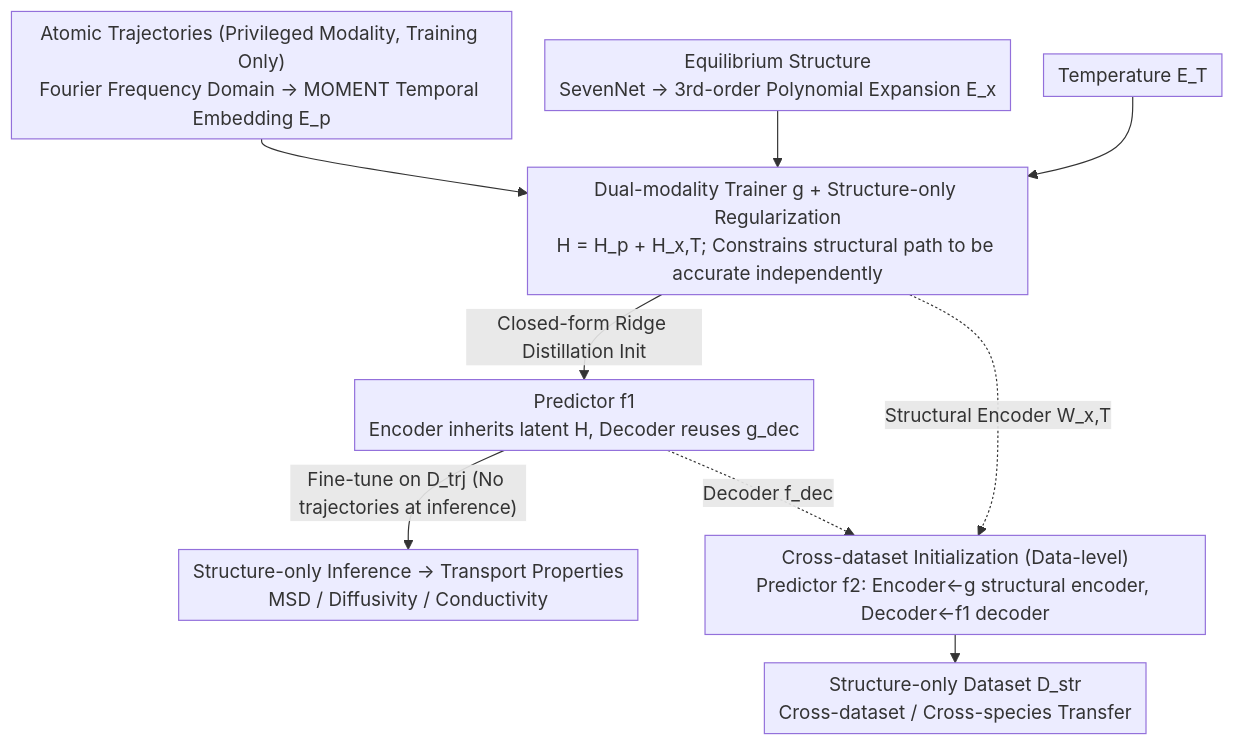
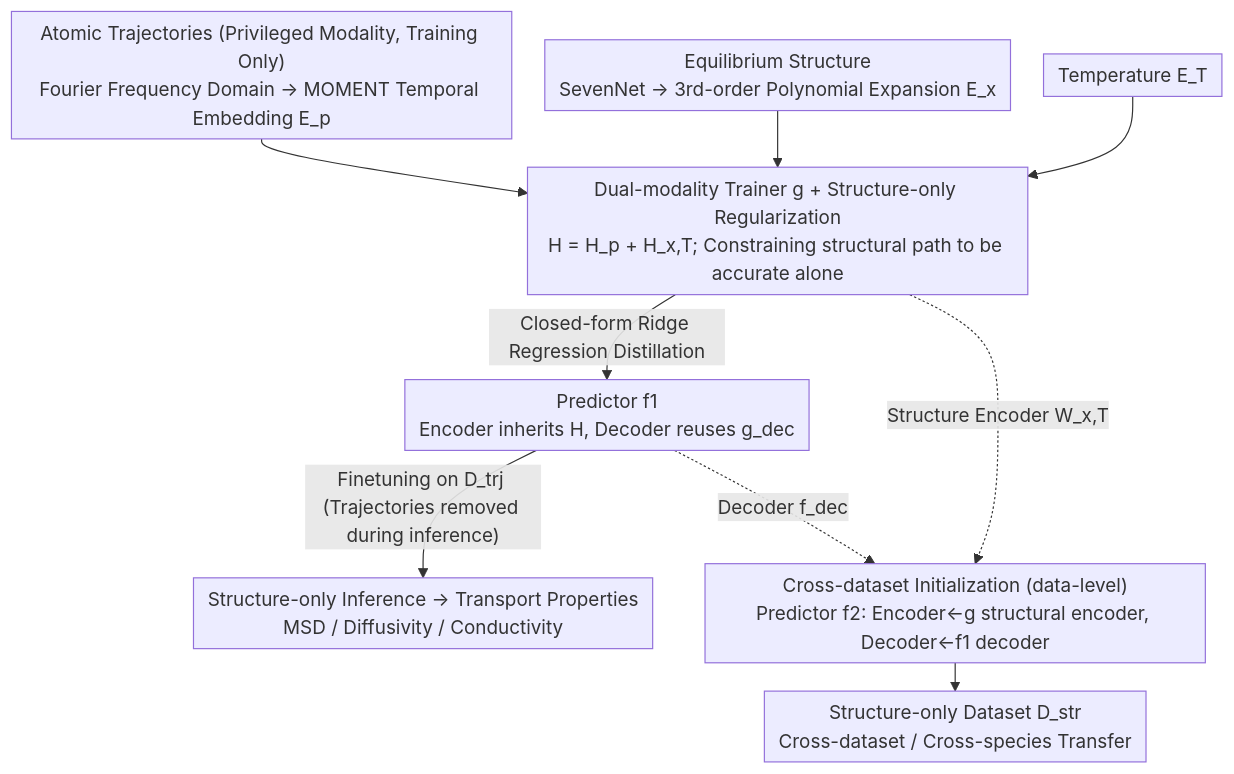
One commit to zhaoyang97/Paper-Notes-en changed the diagram in docs/ICML2026/physics/teaching_molecular_dynamics_to_a_non-autoregressive_ionic_transport_predictor.md. Above: the diagram before and after it, drawn with Mermaid. The commit also changed other lines of this file and 5084 other files, not shown here.

````diff
--- a/docs/ICML2026/physics/teaching_molecular_dynamics_to_a_non-autoregressive_ionic_transport_predictor.md
+++ b/docs/ICML2026/physics/teaching_molecular_dynamics_to_a_non-autoregressive_ionic_transport_predictor.md
@@ -44,16 +44,16 @@
 ```mermaid
 %%{init: {'flowchart': {'rankSpacing': 24, 'nodeSpacing': 28, 'padding': 6, 'wrappingWidth': 400}}}%%
 flowchart TD
     P["Atomic Trajectories (Privileged Modality, Training Only)<br/>Fourier Frequency Domain → MOMENT Temporal Embedding E_p"]
     X["Equilibrium Structure<br/>SevenNet → 3rd-order Polynomial Expansion E_x"]
     T["Temperature E_T"]
     P --> G
     X --> G
     T --> G
-    G["Dual-modality Trainer g + Structure-only Regularization<br/>H = H_p + H_x,T; Constrains structural path to be accurate independently"]
-    G -->|Closed-form Ridge Distillation Init| F1["Predictor f1<br/>Encoder inherits latent H, Decoder reuses g_dec"]
-    F1 -->|"Fine-tune on D_trj (No trajectories at inference)"| OUT1["Structure-only Inference → Transport Properties<br/>MSD / Diffusivity / Conductivity"]
-    G -.Structural Encoder W_x,T.-> F2["Cross-dataset Initialization (Data-level)<br/>Predictor f2: Encoder←g structural encoder, Decoder←f1 decoder"]
+    G["Dual-modality Trainer g + Structure-only Regularization<br/>H = H_p + H_x,T; Constraining structural path to be accurate alone"]
+    G -->|Closed-form Ridge Regression Distillation| F1["Predictor f1<br/>Encoder inherits H, Decoder reuses g_dec"]
+    F1 -->|"Finetuning on D_trj (Trajectories removed during inference)"| OUT1["Structure-only Inference → Transport Properties<br/>MSD / Diffusivity / Conductivity"]
+    G -.Structure Encoder W_x,T.-> F2["Cross-dataset Initialization (data-level)<br/>Predictor f2: Encoder←g structural encoder, Decoder←f1 decoder"]
     F1 -.Decoder f_dec.-> F2
     F2 --> OUT2["Structure-only Dataset D_str<br/>Cross-dataset / Cross-species Transfer"]
 ```
````
